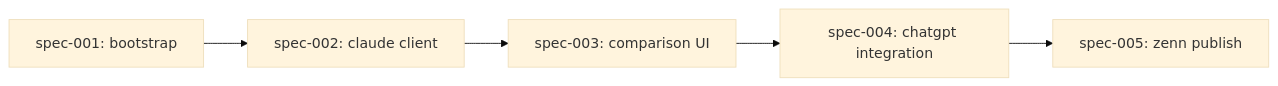
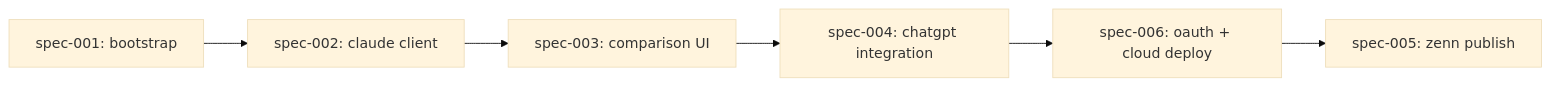
Before and after one commit to peintangos/mcp-apps-sample: the diagram in docs/prds/prd-article-3-claude-second-opinion/dependencies.md, drawn with Mermaid (base theme). The commit also changed other lines of this file and 19 other files, not shown here.

First line of the commit message:
feat: Article 3 spec-006 - OAuth 2.1 自前実装 + Fly.io デプロイ対応

````diff
--- a/docs/prds/prd-article-3-claude-second-opinion/dependencies.md
+++ b/docs/prds/prd-article-3-claude-second-opinion/dependencies.md
@@ -5,7 +5,8 @@
 ```mermaid
 graph LR
     spec-001[spec-001: bootstrap] --> spec-002[spec-002: claude client]
     spec-002 --> spec-003[spec-003: comparison UI]
     spec-003 --> spec-004[spec-004: chatgpt integration]
-    spec-004 --> spec-005[spec-005: zenn publish]
+    spec-004 --> spec-006[spec-006: oauth + cloud deploy]
+    spec-006 --> spec-005[spec-005: zenn publish]
 ```
````
